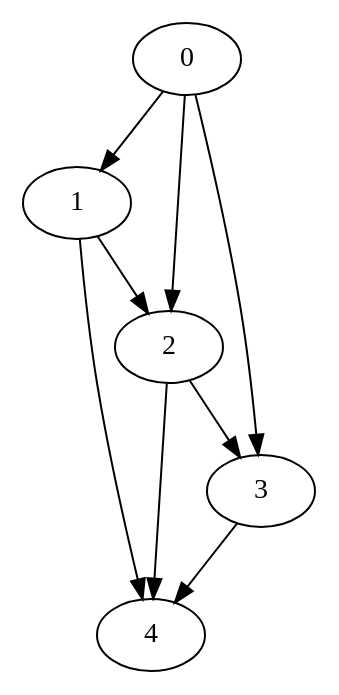
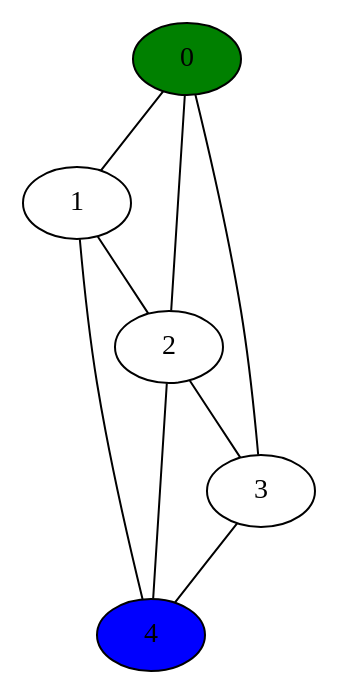
One commit to nox-x/finder changed the diagram in dot/graph05a.txt.dot. Above: the diagram before and after it, drawn with Graphviz. The commit also changed 21 other files, not shown here.

```diff
--- a/dot/graph05a.txt.dot
+++ b/dot/graph05a.txt.dot
@@ -1,10 +1,12 @@
-digraph G {
-0 -> 1
-0 -> 2
-0 -> 3
-1 -> 2
-1 -> 4
-2 -> 3
-2 -> 4
-3 -> 4
+graph G {
+0 -- 1
+0 -- 2
+0 -- 3
+1 -- 2
+1 -- 4
+2 -- 3
+2 -- 4
+3 -- 4
+0 [fillcolor=green, style=filled]
+4 [fillcolor=blue, style=filled]
 }
```
